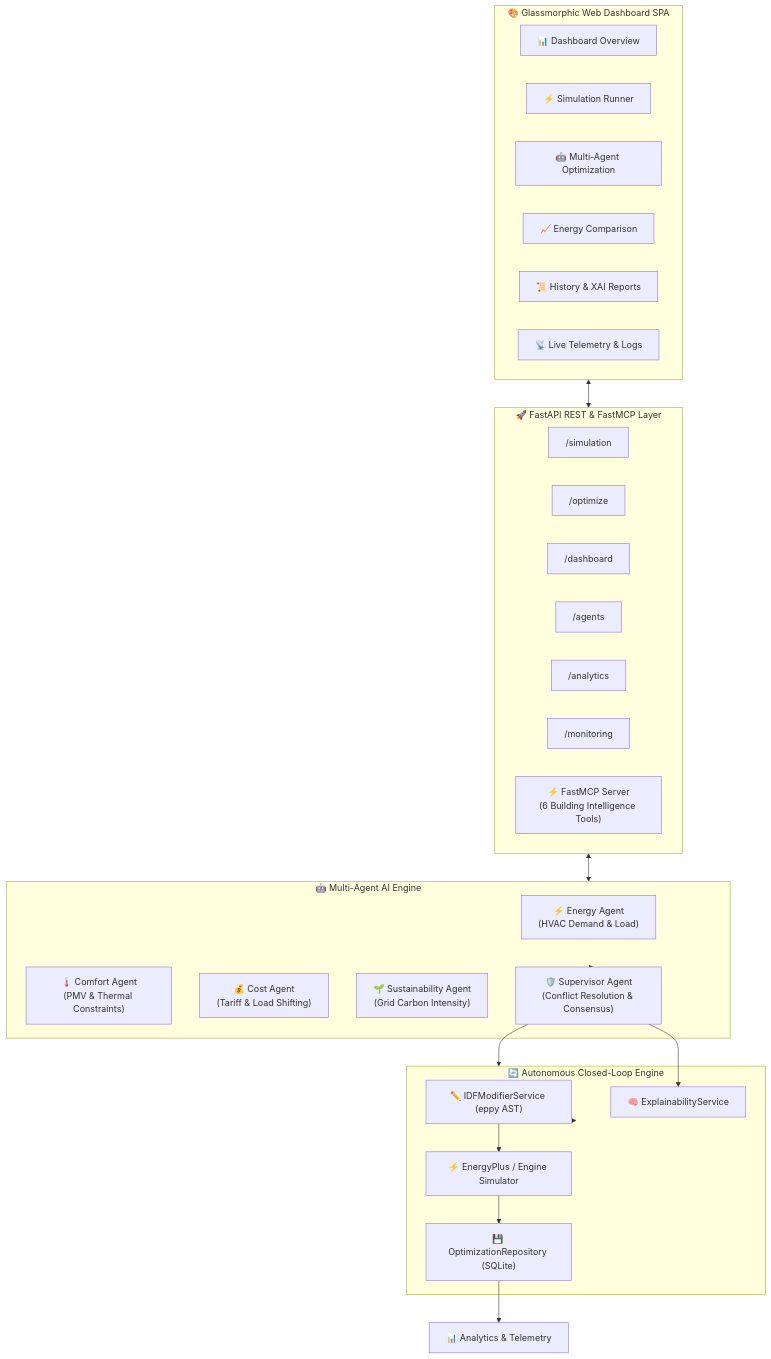
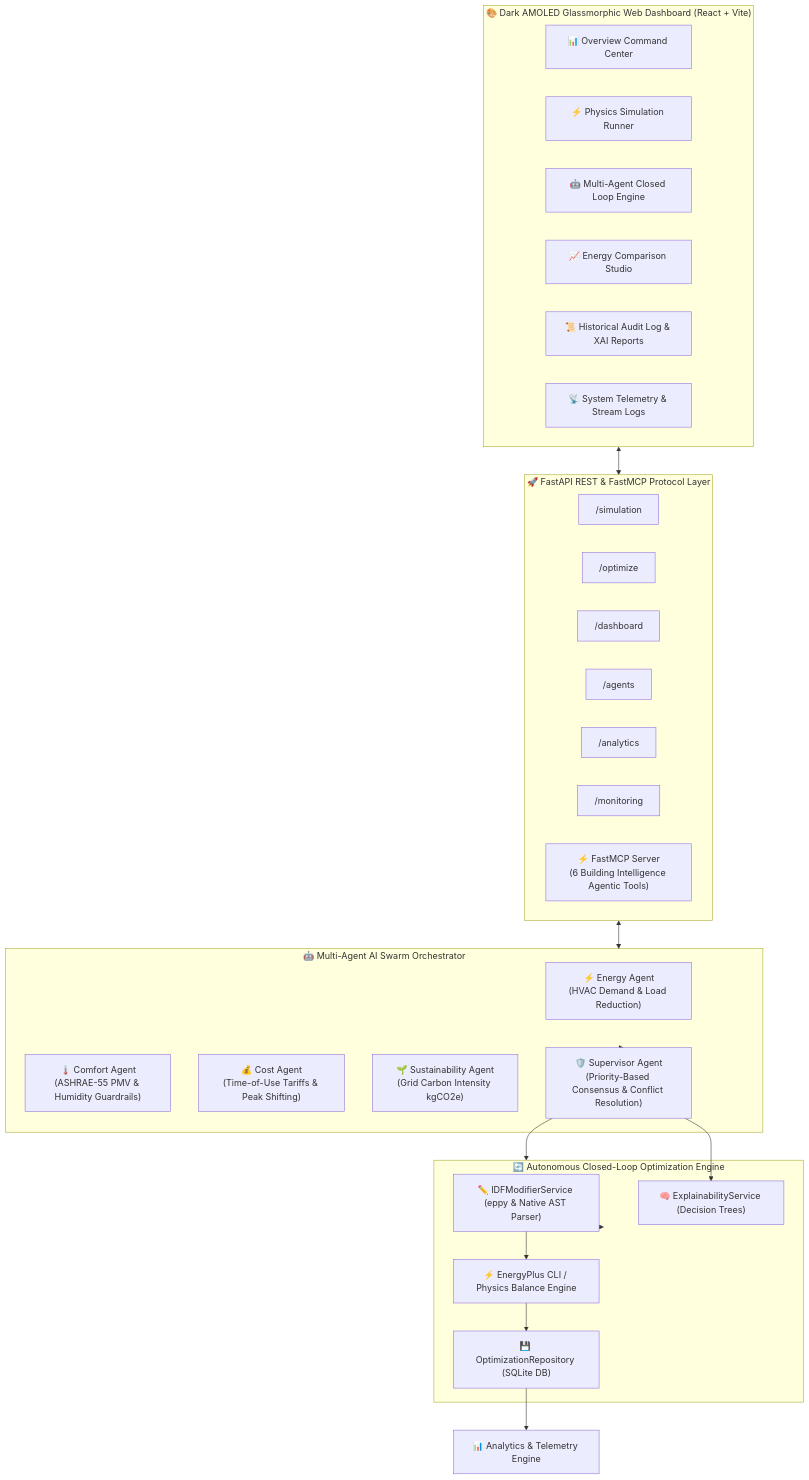
The diagram in README.md (shreyes-7/EcoSphere), drawn with Mermaid before and after one commit. The commit also changed other lines of this file, not shown here.

Commit message:
docs: update README with detailed system architecture, multi-agent roles, FastMCP tools, and API reference

````diff
--- a/README.md
+++ b/README.md
@@ -16,46 +17,46 @@
 ```mermaid
 flowchart TD
-    subgraph Frontend["🎨 Glassmorphic Web Dashboard SPA"]
-        UI_Dash["📊 Dashboard Overview"]
-        UI_Sim["⚡ Simulation Runner"]
-        UI_Opt["🤖 Multi-Agent Optimization"]
-        UI_Cmp["📈 Energy Comparison"]
-        UI_Hist["📜 History & XAI Reports"]
-        UI_Mon["📡 Live Telemetry & Logs"]
+    subgraph Frontend["🎨 Dark AMOLED Glassmorphic Web Dashboard (React + Vite)"]
+        UI_Dash["📊 Overview Command Center"]
+        UI_Sim["⚡ Physics Simulation Runner"]
+        UI_Opt["🤖 Multi-Agent Closed Loop Engine"]
+        UI_Cmp["📈 Energy Comparison Studio"]
+        UI_Hist["📜 Historical Audit Log & XAI Reports"]
+        UI_Mon["📡 System Telemetry & Stream Logs"]
     end
 
-    subgraph REST_API["🚀 FastAPI REST & FastMCP Layer"]
+    subgraph REST_API["🚀 FastAPI REST & FastMCP Protocol Layer"]
         API_Sim["/simulation"]
         API_Opt["/optimize"]
         API_Dash["/dashboard"]
         API_Agent["/agents"]
         API_Analytics["/analytics"]
         API_Mon["/monitoring"]
-        FastMCP["⚡ FastMCP Server\n(6 Building Intelligence Tools)"]
+        FastMCP["⚡ FastMCP Server\n(6 Building Intelligence Agentic Tools)"]
     end
 
-    subgraph MultiAgent["🤖 Multi-Agent AI Engine"]
-        Agent_E["⚡ Energy Agent\n(HVAC Demand & Load)"]
-        Agent_C["🌡️ Comfort Agent\n(PMV & Thermal Constraints)"]
-        Agent_Co["💰 Cost Agent\n(Tariff & Load Shifting)"]
-        Agent_S["🌱 Sustainability Agent\n(Grid Carbon Intensity)"]
-        Supervisor["🛡️ Supervisor Agent\n(Conflict Resolution & Consensus)"]
+    subgraph MultiAgent["🤖 Multi-Agent AI Swarm Orchestrator"]
+        Agent_E["⚡ Energy Agent\n(HVAC Demand & Load Reduction)"]
+        Agent_C["🌡️ Comfort Agent\n(ASHRAE-55 PMV & Humidity Guardrails)"]
+        Agent_Co["💰 Cost Agent\n(Time-of-Use Tariffs & Peak Shifting)"]
+        Agent_S["🌱 Sustainability Agent\n(Grid Carbon Intensity kgCO2e)"]
+        Supervisor["🛡️ Supervisor Agent\n(Priority-Based Consensus & Conflict Resolution)"]
     end
 
-    subgraph ClosedLoop["🔄 Autonomous Closed-Loop Engine"]
-        IDF_Mod["✏️ IDFModifierService (eppy AST)"]
-        Sim_Engine["⚡ EnergyPlus / Engine Simulator"]
-        Opt_Repo["💾 OptimizationRepository (SQLite)"]
-        XAI_Service["🧠 ExplainabilityService"]
+    subgraph ClosedLoop["🔄 Autonomous Closed-Loop Optimization Engine"]
+        IDF_Mod["✏️ IDFModifierService (eppy & Native AST Parser)"]
+        Sim_Engine["⚡ EnergyPlus CLI / Physics Balance Engine"]
+        Opt_Repo["💾 OptimizationRepository (SQLite DB)"]
+        XAI_Service["🧠 ExplainabilityService (Decision Trees)"]
     end
 
     Frontend <--> REST_API
     REST_API <--> MultiAgent
     MultiAgent --> Supervisor
     Supervisor --> XAI_Service
     Supervisor --> ClosedLoop
     ClosedLoop --> IDF_Mod
     IDF_Mod --> Sim_Engine
     Sim_Engine --> Opt_Repo
-    Opt_Repo --> Analytics["📊 Analytics & Telemetry"]
+    Opt_Repo --> Analytics["📊 Analytics & Telemetry Engine"]
 ```
````
